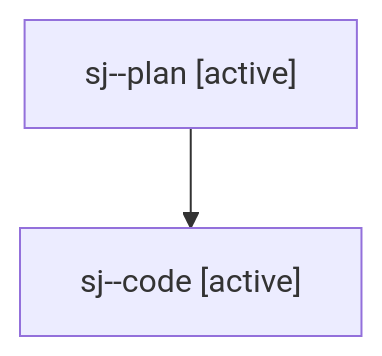
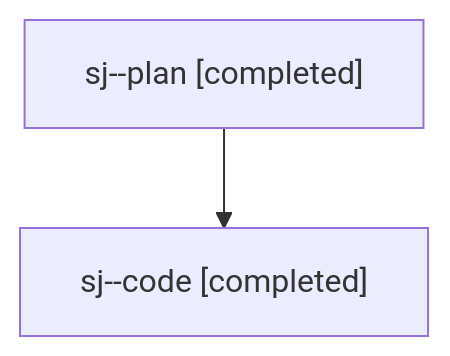
One commit to bobs-org/bob-cli--agents changed the diagram in families/bbugyi200.athena.sj.md. Above: the diagram before and after it, drawn with Mermaid. The commit also changed other lines of this file and 28 other files, not shown here.

````diff
--- a/families/bbugyi200.athena.sj.md
+++ b/families/bbugyi200.athena.sj.md
@@ -9,6 +9,6 @@
 ```mermaid
 flowchart TD
-  n0["sj--plan [active]"]
-  n1["sj--code [active]"]
+  n0["sj--plan [completed]"]
+  n1["sj--code [completed]"]
   n0 --> n1
 ```
````
